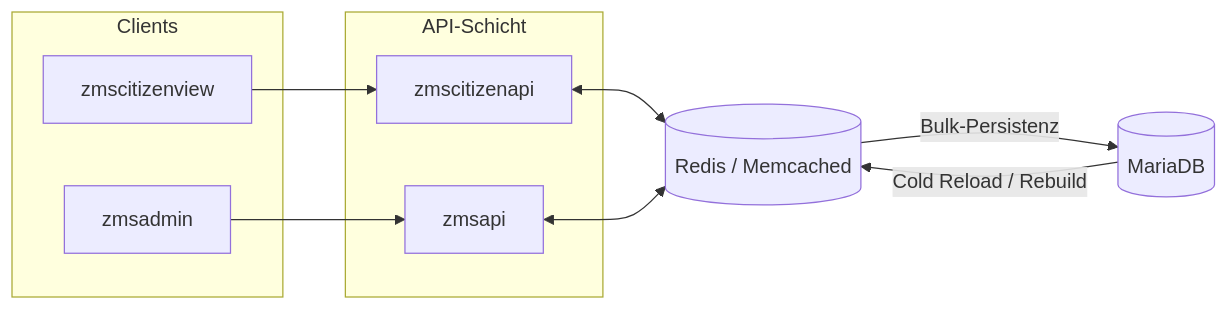
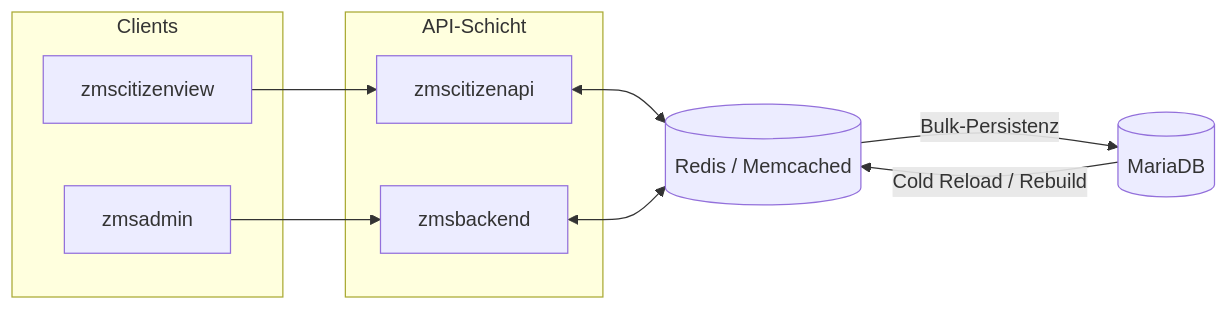
The diagram in docs/de/on-the-future/dynamic-cache-and-bulk-queries.md (it-at-m/eappointment), drawn with Mermaid before and after one commit. The commit also changed other lines of this file and 32 other files, not shown here.

````diff
--- a/docs/de/on-the-future/dynamic-cache-and-bulk-queries.md
+++ b/docs/de/on-the-future/dynamic-cache-and-bulk-queries.md
@@ -23,22 +23,22 @@
 ```mermaid
 flowchart LR
     subgraph clients [Clients]
         citizenview[zmscitizenview]
         zmsadmin[zmsadmin]
     end
 
     subgraph apis [API-Schicht]
         citizenapi[zmscitizenapi]
-        zmsapi[zmsapi]
+        zmsbackend[zmsbackend]
     end
 
     cache[(Redis / Memcached)]
     db[(MariaDB)]
 
     citizenview --> citizenapi
-    zmsadmin --> zmsapi
+    zmsadmin --> zmsbackend
     citizenapi <--> cache
-    zmsapi <--> cache
+    zmsbackend <--> cache
     cache -->|Bulk-Persistenz| db
     db -->|Cold Reload / Rebuild| cache
 ```
````
